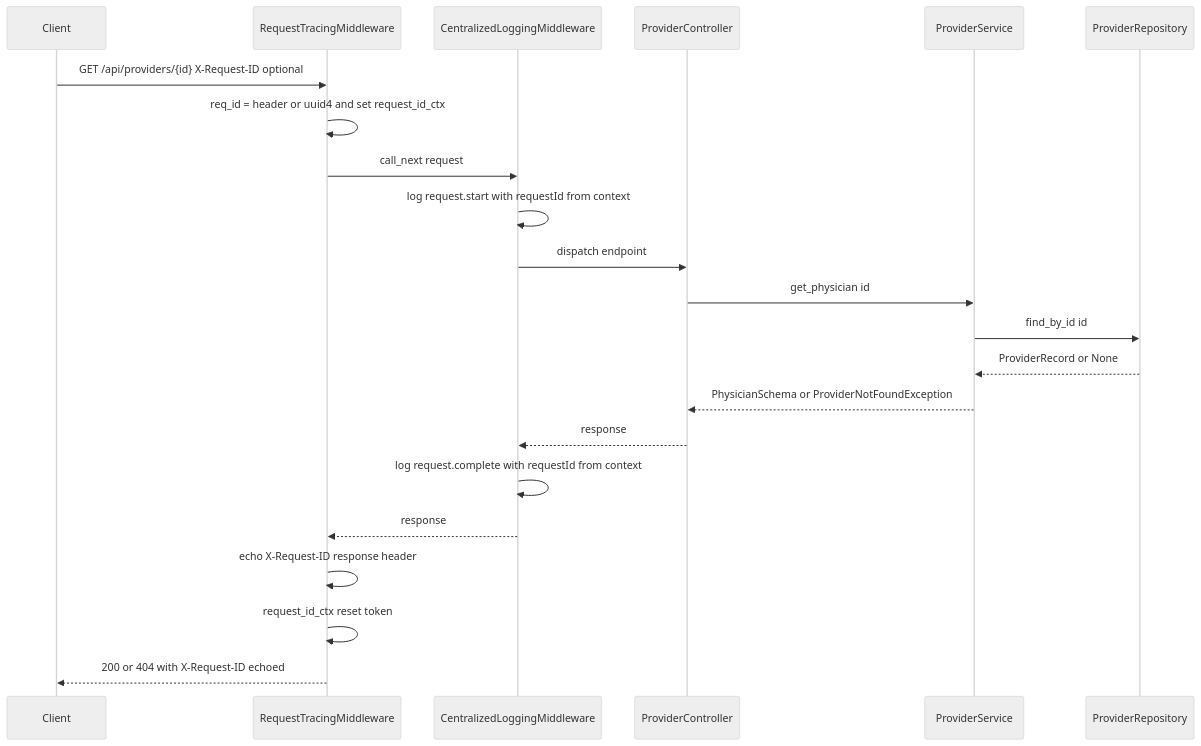
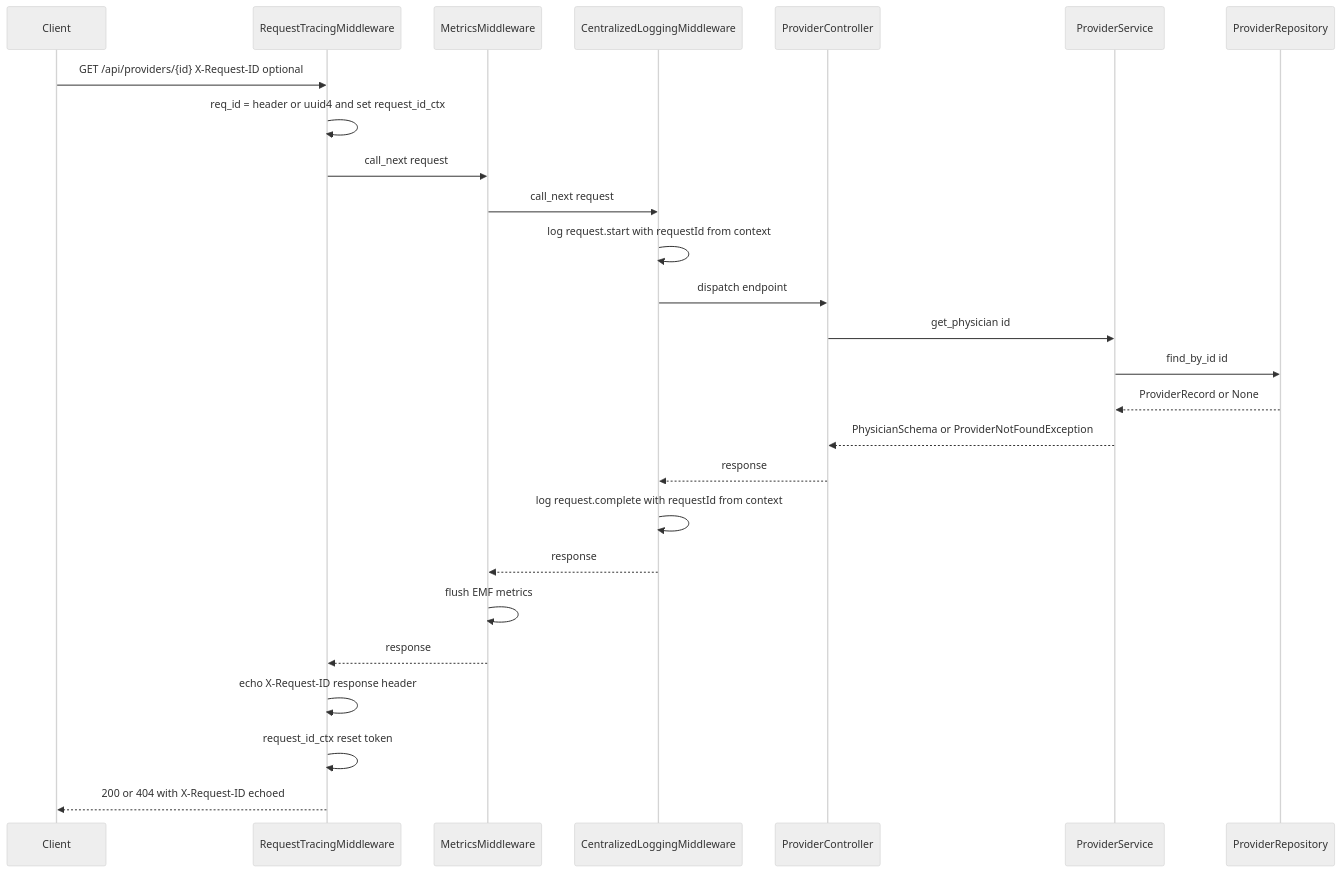
Before and after one commit to DragonStone12/IOPHA: the second of 8 diagrams in docs/infra/TECHNICAL_DESIGN.md, drawn with Mermaid (neutral theme). The commit also changed other lines of this file and 12 other files, not shown here.

First line of the commit message:
feat(metrics): replace Prometheus with EMF for core infrastructure metrics (Phase 1)

````diff
--- a/docs/infra/TECHNICAL_DESIGN.md
+++ b/docs/infra/TECHNICAL_DESIGN.md
@@ -343,25 +372,29 @@
 ```mermaid
 sequenceDiagram
     participant C as Client
     participant T as RequestTracingMiddleware
+    participant M as MetricsMiddleware
     participant L as CentralizedLoggingMiddleware
     participant Ctrl as ProviderController
     participant Svc as ProviderService
     participant Repo as ProviderRepository
 
     C->>T: GET /api/providers/{id} X-Request-ID optional
     T->>T: req_id = header or uuid4 and set request_id_ctx
-    T->>L: call_next request
+    T->>M: call_next request
+    M->>L: call_next request
     L->>L: log request.start with requestId from context
     L->>Ctrl: dispatch endpoint
     Ctrl->>Svc: get_physician id
     Svc->>Repo: find_by_id id
     Repo-->>Svc: ProviderRecord or None
     Svc-->>Ctrl: PhysicianSchema or ProviderNotFoundException
     Ctrl-->>L: response
     L->>L: log request.complete with requestId from context
-    L-->>T: response
+    L-->>M: response
+    M->>M: flush EMF metrics
+    M-->>T: response
     T->>T: echo X-Request-ID response header
     T->>T: request_id_ctx reset token
     T-->>C: 200 or 404 with X-Request-ID echoed
 ```
````
